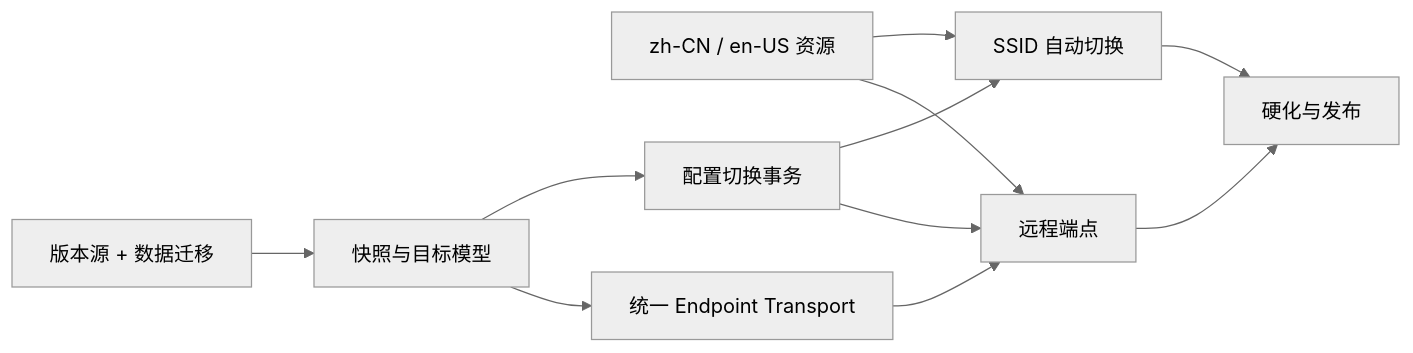
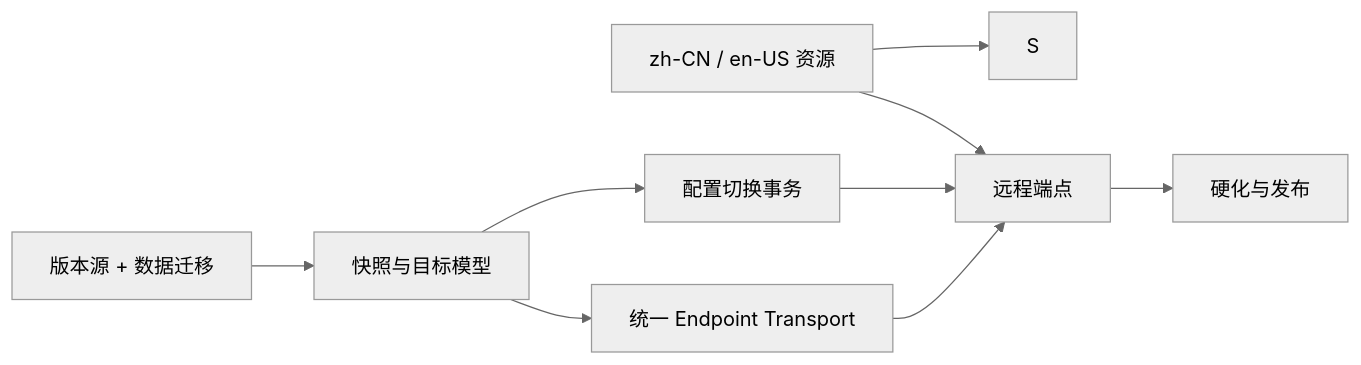
One commit to arukas/ClashTray changed the diagram in docs/0.3.0/delivery-plan.md. Above: the diagram before and after it, drawn with Mermaid (neutral theme). The commit also changed other lines of this file and 7 other files, not shown here.

```diff
--- a/docs/0.3.0/delivery-plan.md
+++ b/docs/0.3.0/delivery-plan.md
@@ -44,22 +46,19 @@
 ~~~mermaid
 flowchart LR
     V[版本源 + 数据迁移]
     L[zh-CN / en-US 资源]
     T[快照与目标模型]
     C[配置切换事务]
-    S[SSID 自动切换]
     E[统一 Endpoint Transport]
     R[远程端点]
     H[硬化与发布]
 
     V --> T
     L --> S
     L --> R
     T --> C
     T --> E
-    C --> S
     E --> R
     C --> R
-    S --> H
     R --> H
 ~~~
```
